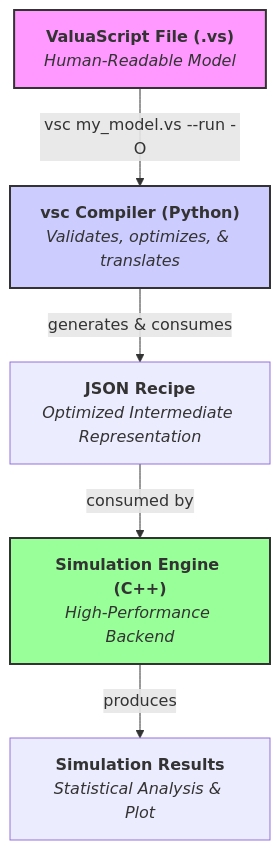
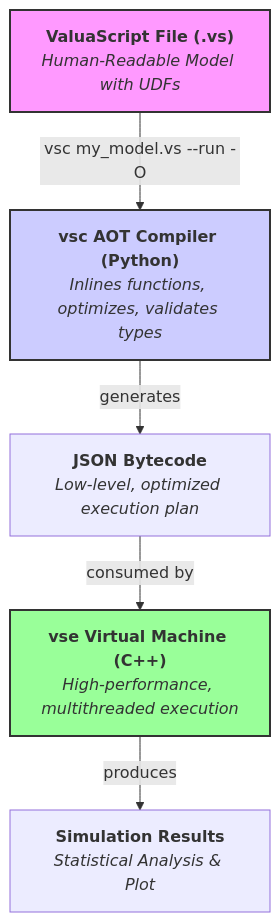
The first of 2 diagrams in extension/README.md (Alessio2704/monte-carlo-simulator), drawn with Mermaid before and after one commit. The commit also changed other lines of this file and 5 other files, not shown here.

````diff
--- a/extension/README.md
+++ b/extension/README.md
@@ -41,11 +48,11 @@
 ```mermaid
 graph TD;
-    A["<b>ValuaScript File (.vs)</b><br/><i>Human-Readable Model</i>"] -- "vsc my_model.vs --run -O" --> B["<b>vsc Compiler (Python)</b><br/><i>Validates, optimizes, & translates</i>"];
-    B -- generates & consumes --> C["<b>JSON Recipe</b><br/><i>Optimized Intermediate Representation</i>"];
-    C -- consumed by --> D["<b>Simulation Engine (C++)</b><br/><i>High-Performance Backend</i>"];
+    A["<b>ValuaScript File (.vs)</b><br/><i>Human-Readable Model with UDFs</i>"] -- "vsc my_model.vs --run -O" --> B["<b>vsc AOT Compiler (Python)</b><br/><i>Inlines functions, optimizes, validates types</i>"];
+    B -- generates --> C["<b>JSON Bytecode</b><br/><i>Low-level, optimized execution plan</i>"];
+    C -- consumed by --> D["<b>vse Virtual Machine (C++)</b><br/><i>High-performance, multithreaded execution</i>"];
     D -- produces --> E["<b>Simulation Results</b><br/><i>Statistical Analysis & Plot</i>"];
 
     style A fill:#f9f,stroke:#333,stroke-width:2px
     style B fill:#ccf,stroke:#333,stroke-width:2px
     style D fill:#9f9,stroke:#333,stroke-width:2px
 ```
````
